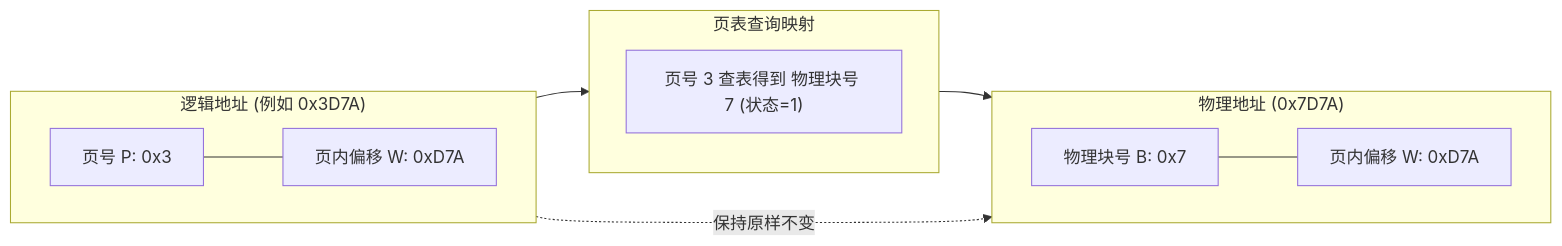
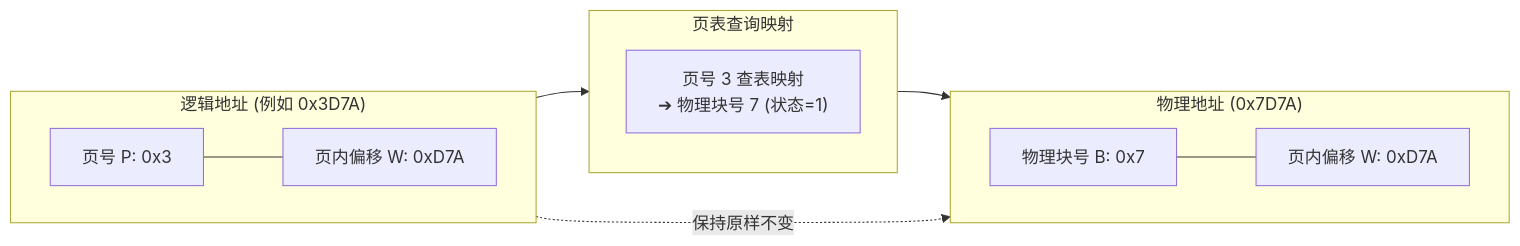
The diagram in docs/am-general/02-operating-system/02-存储管理分页分段与页面置换算法.md (atengk/ruankao-software-designer), drawn with Mermaid before and after one commit. The commit also changed 5 other files, not shown here.

Commit message:
fix(mermaid): 解决流程图节点文字自动折行导致的截断与高度溢出问题

````diff
--- a/docs/am-general/02-operating-system/02-存储管理分页分段与页面置换算法.md
+++ b/docs/am-general/02-operating-system/02-存储管理分页分段与页面置换算法.md
@@ -59,18 +59,18 @@
 ```mermaid
 flowchart LR
     subgraph Logical["逻辑地址 (例如 0x3D7A)"]
         direction LR
         P["页号 P: 0x3"] --- W["页内偏移 W: 0xD7A"]
     end
     subgraph PageTable["页表查询映射"]
         direction TB
-        PT["页号 3 查表得到 物理块号 7 (状态=1)"]
+        PT["页号 3 查表映射<br/>➔ 物理块号 7 (状态=1)"]
     end
     subgraph Physical["物理地址 (0x7D7A)"]
         direction LR
         B["物理块号 B: 0x7"] --- W2["页内偏移 W: 0xD7A"]
     end
     P --> PageTable
     PageTable --> B
     W -.保持原样不变.-> W2
 ```
````
